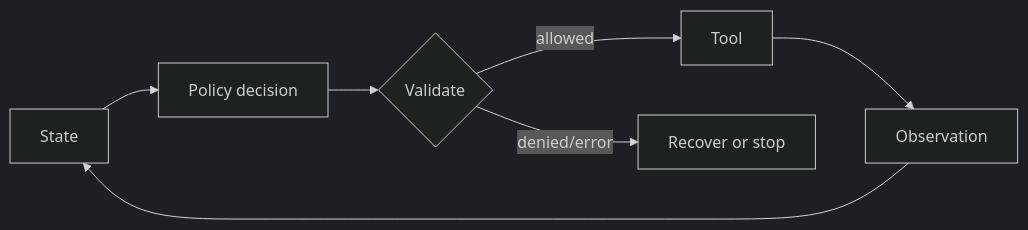
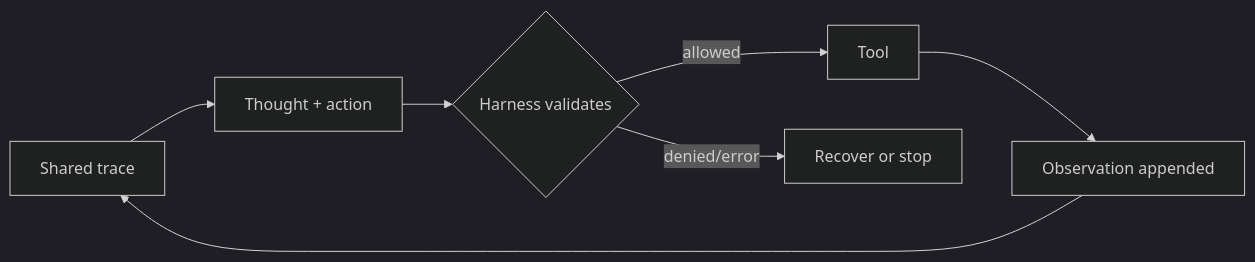
One commit to sdivyanshu90/awesome-ai-interviews changed the diagram in agentic-ai-and-autonomous-systems/questions/002-explain-react-s-reasoning-action-observation-loop-state-update-and-termination.md. Above: the diagram before and after it, drawn with Mermaid (dark theme). The commit also changed other lines of this file, not shown here.

Commit message:
section 06: update question 002
Explain ReAct’s reasoning-action-observation loop, state update, and termination.

````diff
--- a/agentic-ai-and-autonomous-systems/questions/002-explain-react-s-reasoning-action-observation-loop-state-update-and-termination.md
+++ b/agentic-ai-and-autonomous-systems/questions/002-explain-react-s-reasoning-action-observation-loop-state-update-and-termination.md
@@ -13,9 +12,9 @@
-```mermaid
-flowchart LR
-S[State] --> P[Policy decision]
-P --> V{Validate}
-V -->|allowed| T[Tool]
-T --> O[Observation]
-O --> S
-V -->|denied/error| R[Recover or stop]
-```
+  ```mermaid
+  flowchart LR
+  S[Shared trace] --> P[Thought + action]
+  P --> V{Harness validates}
+  V -->|allowed| T[Tool]
+  T --> O[Observation appended]
+  O --> S
+  V -->|denied/error| R[Recover or stop]
+  ```
````
